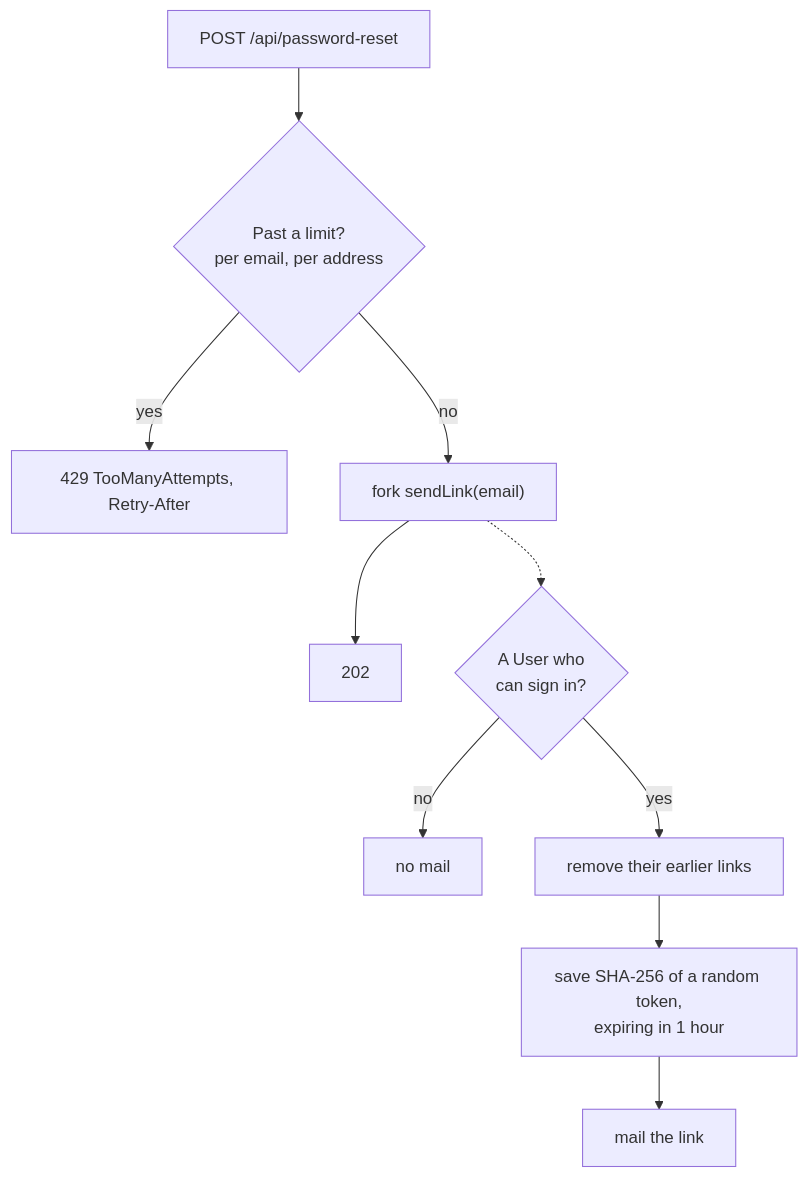
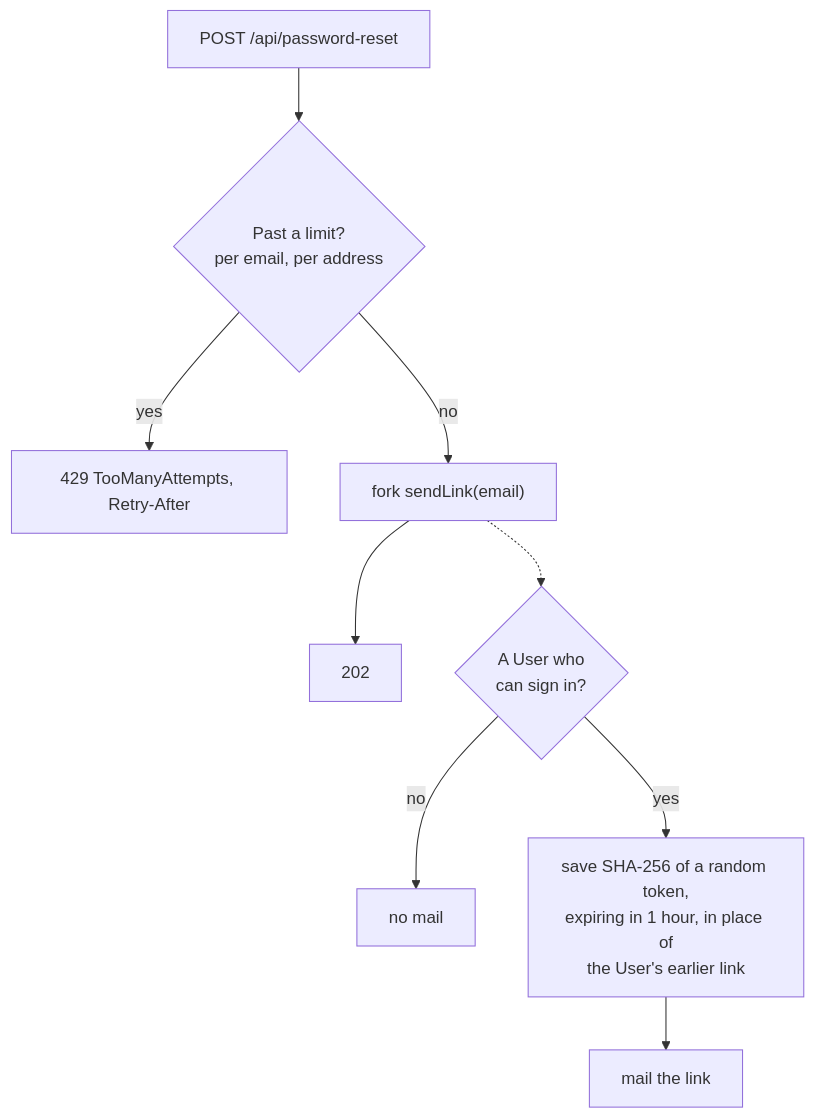
The second of 5 diagrams in docs/password-reset.md (ntatoud/quack-starter), drawn with Mermaid before and after one commit. The commit also changed other lines of this file and 23 other files, not shown here.

First line of the commit message:
fix: review of #160: one link per User by constraint, confirm in one Transaction, guest redirect once

````diff
--- a/docs/password-reset.md
+++ b/docs/password-reset.md
@@ -31,12 +31,11 @@
 ```mermaid
 flowchart TD
     R["POST /api/password-reset"] --> L{"Past a limit?<br/>per email, per address"}
     L -- yes --> T["429 TooManyAttempts, Retry-After"]
     L -- no --> F["fork sendLink(email)"]
     F --> OK["202"]
     F -.-> U{"A User who<br/>can sign in?"}
     U -- no --> N["no mail"]
-    U -- yes --> D["remove their earlier links"]
-    D --> S["save SHA-256 of a random token,<br/>expiring in 1 hour"]
+    U -- yes --> S["save SHA-256 of a random token,<br/>expiring in 1 hour, in place of<br/>the User's earlier link"]
     S --> E["mail the link"]
 ```
````
